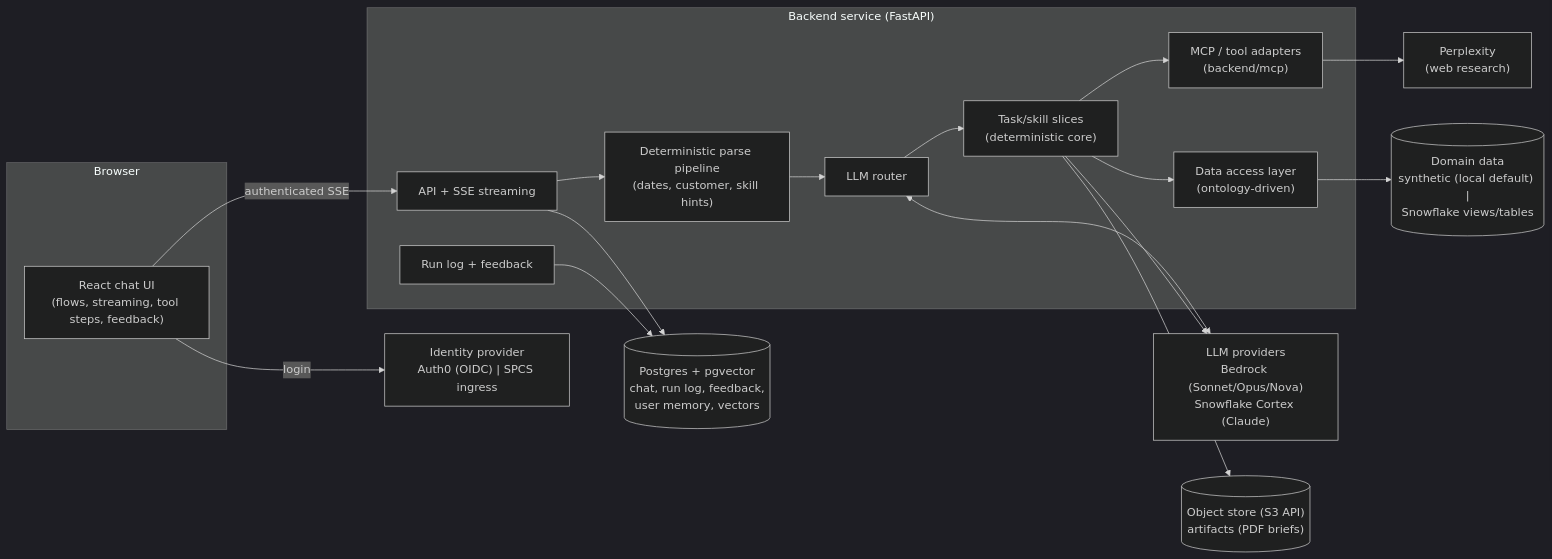
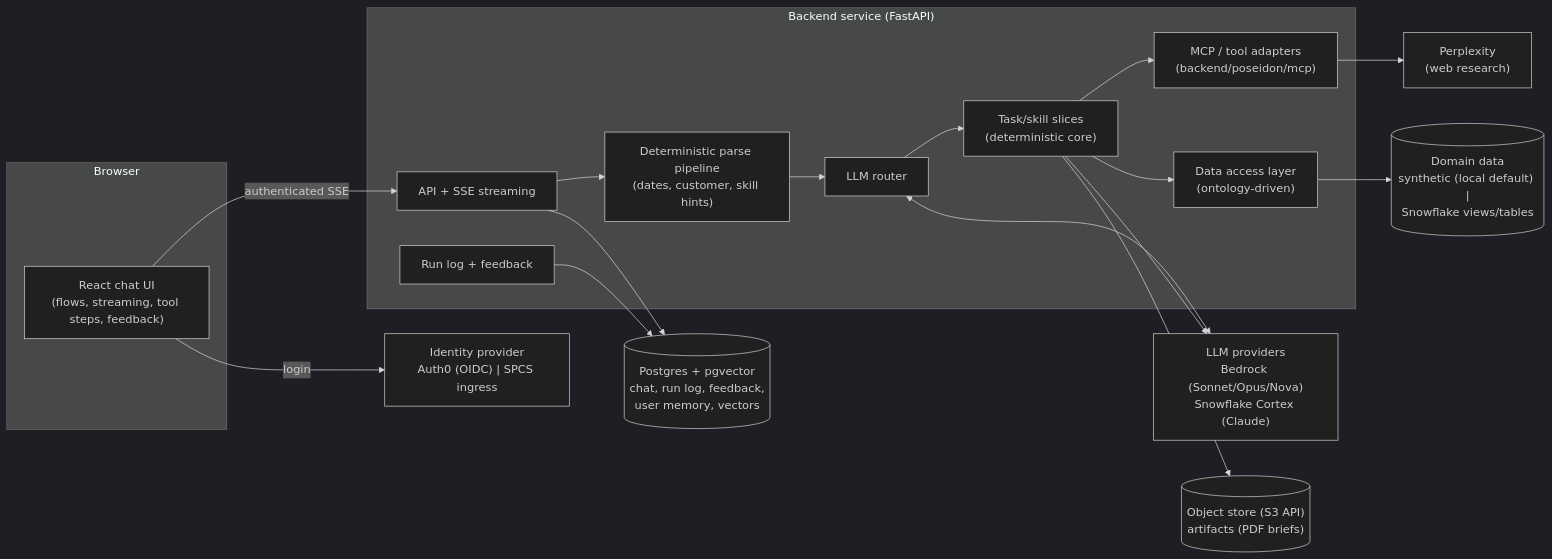
Before and after one commit to sal1391/latest_poseidon: the diagram in docs/architecture/00-overview.md, drawn with Mermaid (dark theme). The commit also changed 2 other files, not shown here.

Commit message:
docs(arch): sweep remaining backend/mcp path mentions to poseidon/mcp

````diff
--- a/docs/architecture/00-overview.md
+++ b/docs/architecture/00-overview.md
@@ -74,32 +74,32 @@
 ```mermaid
 flowchart LR
   subgraph Client["Browser"]
     UI["React chat UI<br/>(flows, streaming, tool steps, feedback)"]
   end
   subgraph Backend["Backend service (FastAPI)"]
     API["API + SSE streaming"]
     PIPE["Deterministic parse pipeline<br/>(dates, customer, skill hints)"]
     ROUTER["LLM router"]
     SKILLS["Task/skill slices<br/>(deterministic core)"]
-    MCP["MCP / tool adapters<br/>(backend/mcp)"]
+    MCP["MCP / tool adapters<br/>(backend/poseidon/mcp)"]
     DATA["Data access layer<br/>(ontology-driven)"]
     RUNLOG["Run log + feedback"]
   end
   IDP["Identity provider<br/>Auth0 (OIDC) | SPCS ingress"]
   LLM["LLM providers<br/>Bedrock (Sonnet/Opus/Nova)<br/>Snowflake Cortex (Claude)"]
   PPLX["Perplexity<br/>(web research)"]
   PG[("Postgres + pgvector<br/>chat, run log, feedback,<br/>user memory, vectors")]
   OBJ[("Object store (S3 API)<br/>artifacts (PDF briefs)")]
   SRC[("Domain data<br/>synthetic (local default) |<br/>Snowflake views/tables")]
 
   UI -- "login" --> IDP
   UI -- "authenticated SSE" --> API
   API --> PIPE --> ROUTER --> SKILLS
   ROUTER <--> LLM
   SKILLS --> LLM
   SKILLS --> MCP --> PPLX
   SKILLS --> DATA --> SRC
   API --> PG
   RUNLOG --> PG
   SKILLS --> OBJ
 ```
````
